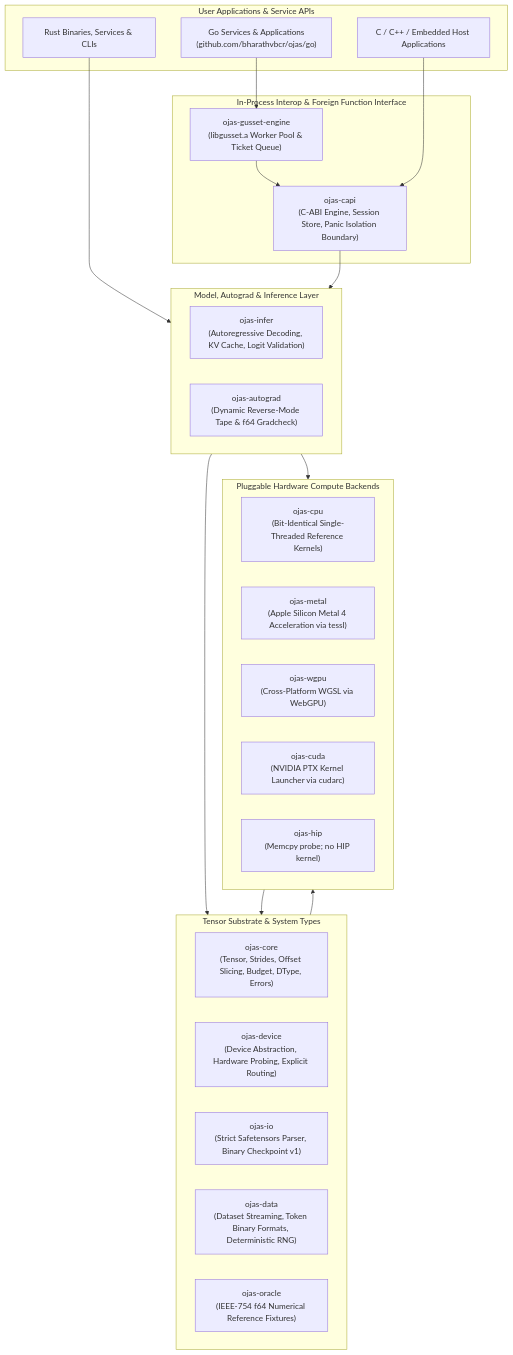
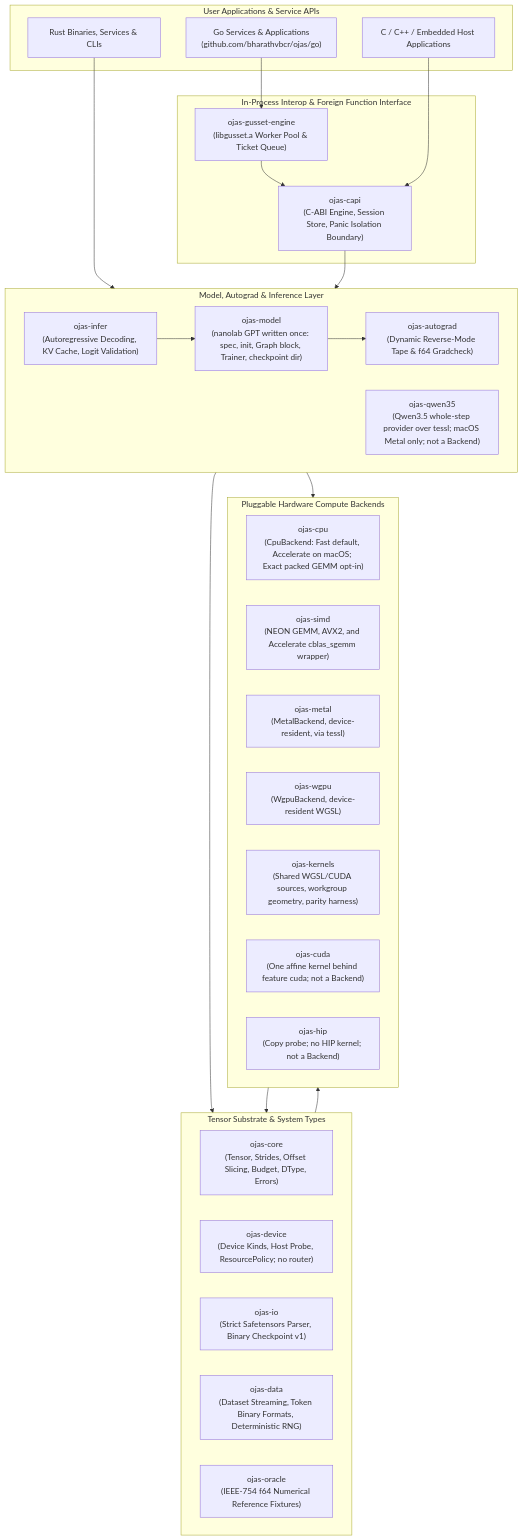
Before and after one commit to bharathvbcr/ojas: the second of 8 diagrams in README.md, drawn with Mermaid. The commit also changed other lines of this file and 1261 other files, not shown here.

First line of the commit message:
Commit the current ojas working tree: framework layer, typed storage, parity hardening.

````diff
--- a/README.md
+++ b/README.md
@@ -56,45 +87,51 @@
 ```mermaid
 flowchart TD
     subgraph Applications["User Applications & Service APIs"]
         GoApp["Go Services & Applications\n(github.com/bharathvbcr/ojas/go)"]
         RustApp["Rust Binaries, Services & CLIs"]
         ForeignApp["C / C++ / Embedded Host Applications"]
     end
 
     subgraph Interop["In-Process Interop & Foreign Function Interface"]
         Gusset["ojas-gusset-engine\n(libgusset.a Worker Pool & Ticket Queue)"]
         CAPI["ojas-capi\n(C-ABI Engine, Session Store, Panic Isolation Boundary)"]
     end
 
     subgraph HighLevel["Model, Autograd & Inference Layer"]
         Infer["ojas-infer\n(Autoregressive Decoding, KV Cache, Logit Validation)"]
         Autograd["ojas-autograd\n(Dynamic Reverse-Mode Tape & f64 Gradcheck)"]
+        Model["ojas-model\n(nanolab GPT written once: spec, init, Graph block, Trainer, checkpoint dir)"]
+        Qwen35["ojas-qwen35\n(Qwen3.5 whole-step provider over tessl; macOS Metal only; not a Backend)"]
     end
 
     subgraph CoreEngine["Tensor Substrate & System Types"]
         Core["ojas-core\n(Tensor, Strides, Offset Slicing, Budget, DType, Errors)"]
-        Device["ojas-device\n(Device Abstraction, Hardware Probing, Explicit Routing)"]
+        Device["ojas-device\n(Device Kinds, Host Probe, ResourcePolicy; no router)"]
         IO["ojas-io\n(Strict Safetensors Parser, Binary Checkpoint v1)"]
         Data["ojas-data\n(Dataset Streaming, Token Binary Formats, Deterministic RNG)"]
         Oracle["ojas-oracle\n(IEEE-754 f64 Numerical Reference Fixtures)"]
     end
 
     subgraph HardwareBackends["Pluggable Hardware Compute Backends"]
-        CPU["ojas-cpu\n(Bit-Identical Single-Threaded Reference Kernels)"]
-        Metal["ojas-metal\n(Apple Silicon Metal 4 Acceleration via tessl)"]
-        WGPU["ojas-wgpu\n(Cross-Platform WGSL via WebGPU)"]
-        CUDA["ojas-cuda\n(NVIDIA PTX Kernel Launcher via cudarc)"]
-        HIP["ojas-hip\n(Memcpy probe; no HIP kernel)"]
+        CPU["ojas-cpu\n(CpuBackend: Fast default, Accelerate on macOS; Exact packed GEMM opt-in)"]
+        SIMD["ojas-simd\n(NEON GEMM, AVX2, and Accelerate cblas_sgemm wrapper)"]
+        Metal["ojas-metal\n(MetalBackend, device-resident, via tessl)"]
+        WGPU["ojas-wgpu\n(WgpuBackend, device-resident WGSL)"]
+        Kernels["ojas-kernels\n(Shared WGSL/CUDA sources, workgroup geometry, parity harness)"]
+        CUDA["ojas-cuda\n(One affine kernel behind feature cuda; not a Backend)"]
+        HIP["ojas-hip\n(Copy probe; no HIP kernel; not a Backend)"]
     end
 
     GoApp --> Gusset
     Gusset --> CAPI
     ForeignApp --> CAPI
     RustApp --> HighLevel
     CAPI --> HighLevel
+    Infer --> Model
+    Model --> Autograd
 
     HighLevel --> CoreEngine
     HighLevel --> HardwareBackends
     HardwareBackends --> CoreEngine
     CoreEngine --> HardwareBackends
 ```
````
